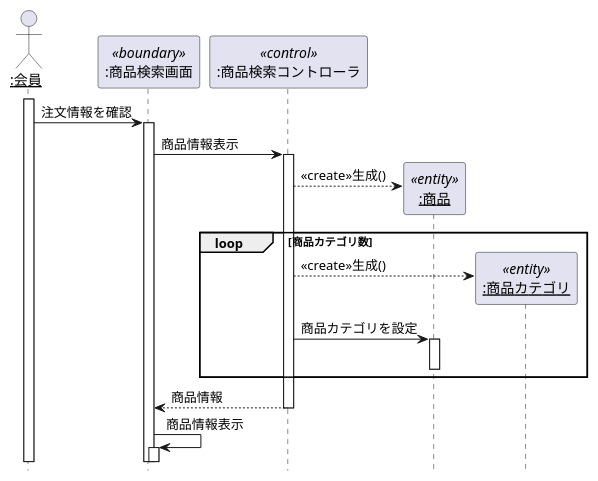
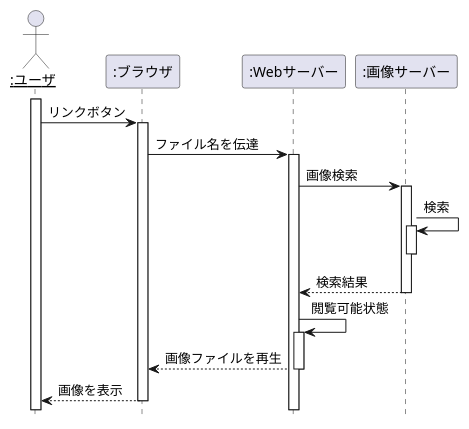
One commit to tsrnaoya/UML_intro_2 changed the diagram in 演習4-6_SD_Web画像検索.pu. Above: the diagram before and after it, drawn with PlantUML.

Commit message:
更新

```diff
--- a/演習4-6_SD_Web画像検索.pu
+++ b/演習4-6_SD_Web画像検索.pu
@@ -1,24 +1,25 @@
 @startuml 演習４－６
 hide footbox
-Actor "<u>:会員</u>" as member
-participant ":商品検索画面" as search <<boundary>>
-participant ":商品検索コントローラ" as control  <<control>>
-activate member
-    member -> search:注文情報を確認
-    activate search
-        search -> control:商品情報表示
-        activate control
-            create "<u>:商品</u>" as goods <<entity>>
-            control --> goods:<<create>>生成()
-            create "<u>:商品カテゴリ</u>" as category <<entity>>
-            loop 商品カテゴリ数
-            control --> category:<<create>>生成()
-            control -> goods:商品カテゴリを設定
-            activate goods
-            deactivate goods
-            end
-            search <-- control:商品情報
-            deactivate control
-            search -> search:商品情報表示
-            activate search
-@enduml 
+Actor "<u>:ユーザ</u>" as user
+participant ":ブラウザ" as browser
+participant ":Webサーバー" as webserver
+participant ":画像サーバー" as imgserver
+activate user
+    user -> browser:リンクボタン
+    activate browser
+        browser -> webserver:ファイル名を伝達
+            activate webserver
+                webserver -> imgserver:画像検索
+                activate imgserver
+                    imgserver -> imgserver:検索
+                    activate imgserver
+                    deactivate imgserver
+                    webserver <-- imgserver:検索結果
+                deactivate imgserver
+            webserver -> webserver:閲覧可能状態
+            activate webserver
+            browser <-- webserver:画像ファイルを再生
+            deactivate webserver
+    user <-- browser:画像を表示
+    deactivate browser
+@enduml
```
